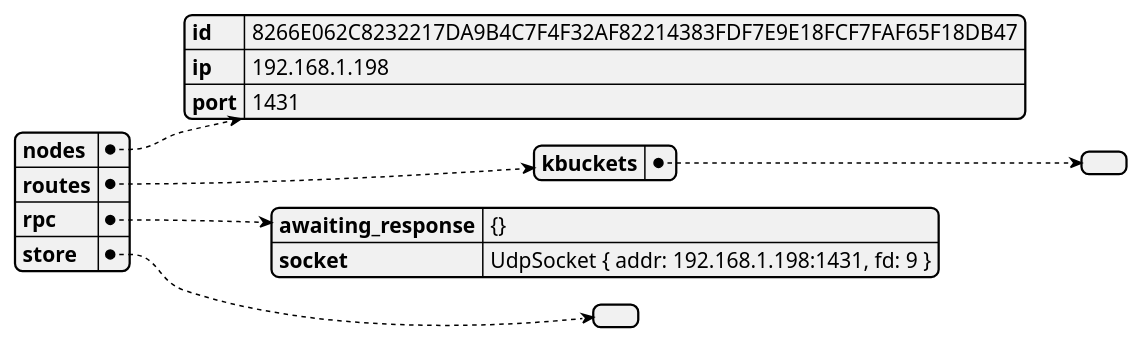
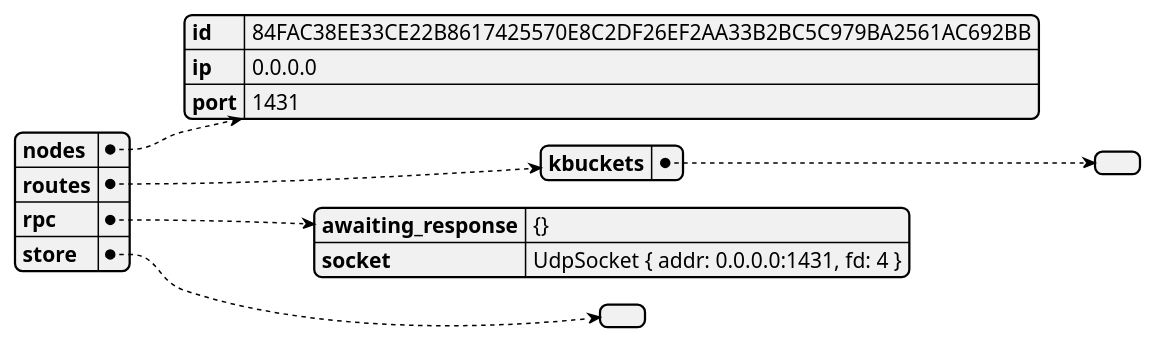
One commit to GoliathHagar/distributed_legder_kademlia changed the diagram in src/distributed_legder/state_dumps/test-contact-2.json.plantuml. Above: the diagram before and after it, drawn with PlantUML. The commit also changed 10 other files, not shown here.

```diff
--- a/src/distributed_legder/state_dumps/test-contact-2.json.plantuml
+++ b/src/distributed_legder/state_dumps/test-contact-2.json.plantuml
@@ -1,3 +1,3 @@
 @startjson
-{"nodes":{"id":"8266E062C8232217DA9B4C7F4F32AF82214383FDF7E9E18FCF7FAF65F18DB47","ip":"192.168.1.198","port":1431},"routes":{"kbuckets":[]},"rpc":{"awaiting_response":"{}","socket":"UdpSocket { addr: 192.168.1.198:1431, fd: 9 }"},"store":[]}
+{"nodes":{"id":"84FAC38EE33CE22B8617425570E8C2DF26EF2AA33B2BC5C979BA2561AC692BB","ip":"0.0.0.0","port":1431},"routes":{"kbuckets":[]},"rpc":{"awaiting_response":"{}","socket":"UdpSocket { addr: 0.0.0.0:1431, fd: 4 }"},"store":[]}
 @endjson
```
